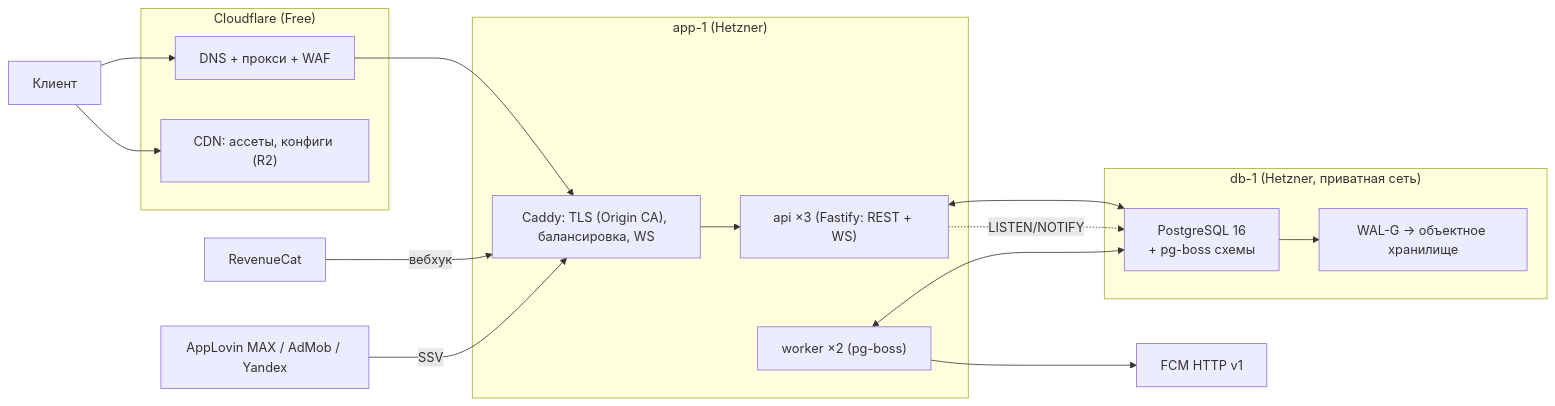
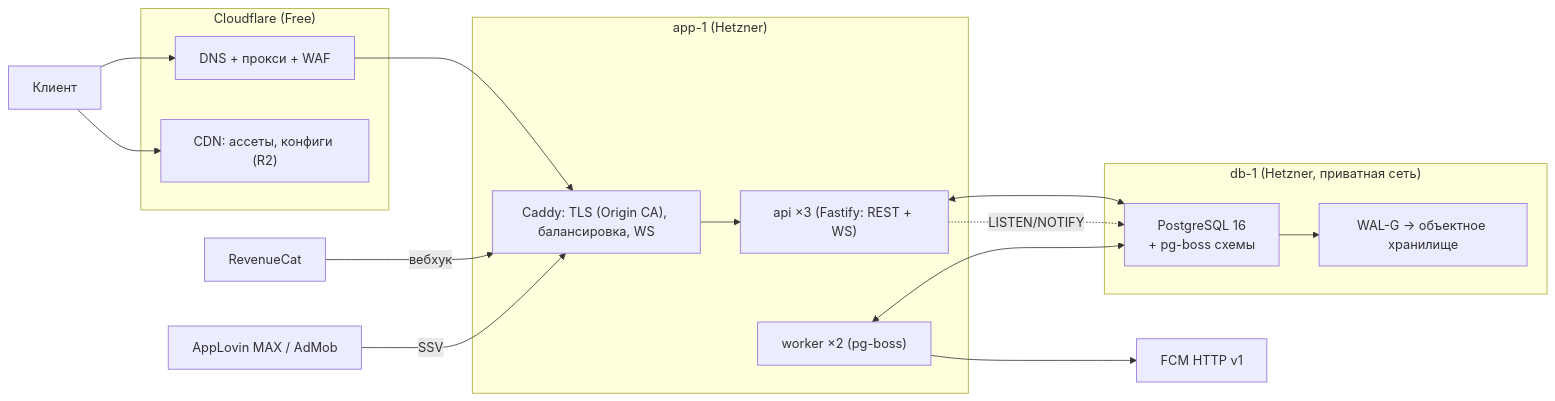
One commit to kaboomenko/Raivon changed the sixth of 14 diagrams in docs/gdd/12_tech_analytics_roadmap.md. Above: the diagram before and after it, drawn with Mermaid. The commit also changed other lines of this file and 12 other files, not shown here.

````diff
--- a/docs/gdd/12_tech_analytics_roadmap.md
+++ b/docs/gdd/12_tech_analytics_roadmap.md
@@ -631,25 +644,25 @@
 ```mermaid
 flowchart LR
   subgraph Edge["Cloudflare (Free)"]
     DNS["DNS + прокси + WAF"]
     CDN["CDN: ассеты, конфиги (R2)"]
   end
   subgraph App["app-1 (Hetzner)"]
     Caddy["Caddy: TLS (Origin CA), балансировка, WS"]
     API1["api ×3 (Fastify: REST + WS)"]
     WRK["worker ×2 (pg-boss)"]
   end
   subgraph DB["db-1 (Hetzner, приватная сеть)"]
     PG["PostgreSQL 16<br/>+ pg-boss схемы"]
     BK["WAL-G → объектное хранилище"]
   end
   Client["Клиент"] --> DNS --> Caddy --> API1
   Client --> CDN
   API1 <--> PG
   WRK <--> PG
   API1 -.->|"LISTEN/NOTIFY"| PG
   RC["RevenueCat"] -->|вебхук| Caddy
-  MAX["AppLovin MAX / AdMob / Yandex"] -->|SSV| Caddy
+  MAX["AppLovin MAX / AdMob"] -->|SSV| Caddy
   WRK --> FCM["FCM HTTP v1"]
   PG --> BK
 ```
````
